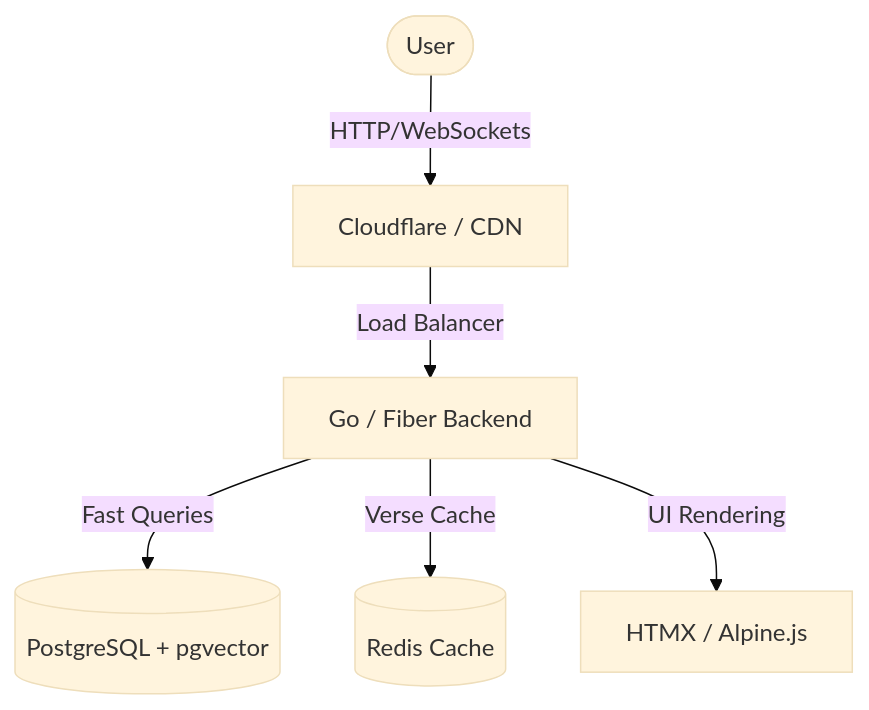
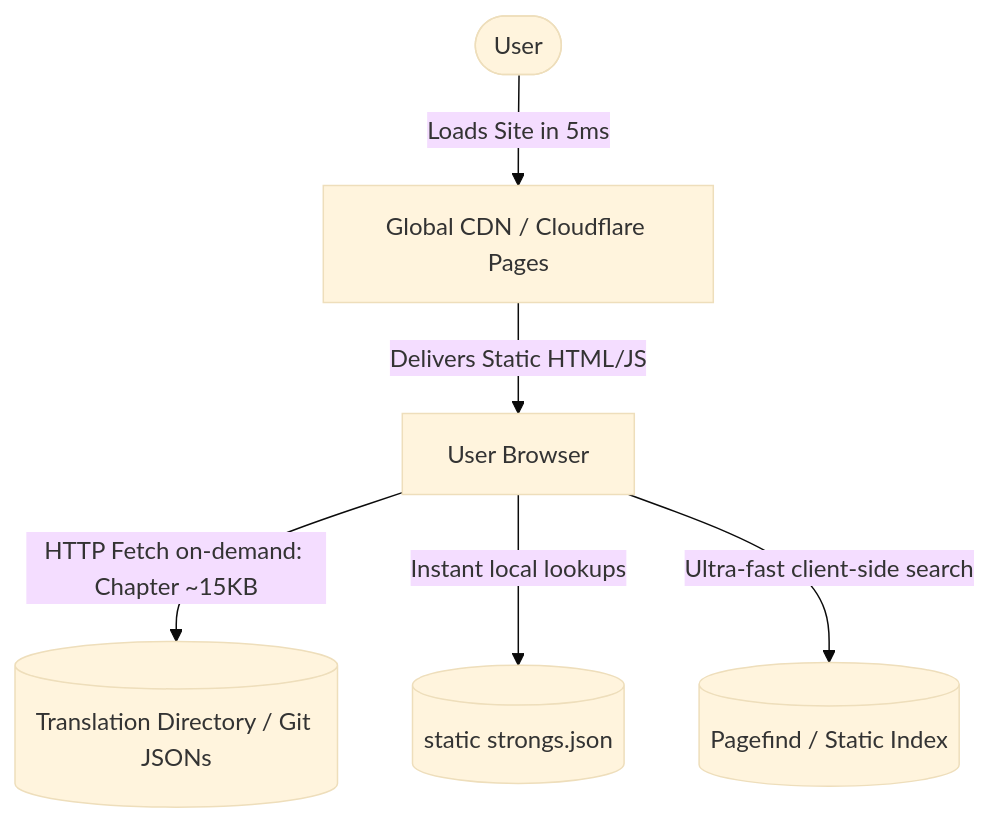
One commit to cristianismohumilde/AI-BIBLE changed the diagram in FUTURE_WEB_APP_PLAN_EN.md. Above: the diagram before and after it, drawn with Mermaid (base theme). The commit also changed other lines of this file and 1 other file, not shown here.

Commit message:
Update web app plans in Portuguese and English to leverage a permanent 100% free serverless JAMstack static architecture

````diff
--- a/FUTURE_WEB_APP_PLAN_EN.md
+++ b/FUTURE_WEB_APP_PLAN_EN.md
@@ -50,8 +49,8 @@
 ```mermaid
 graph TD
-    User([User]) -->|HTTP/WebSockets| CDN[Cloudflare / CDN]
-    CDN -->|Load Balancer| Backend[Go / Fiber Backend]
-    Backend -->|Fast Queries| DB[(PostgreSQL + pgvector)]
-    Backend -->|Verse Cache| Redis[(Redis Cache)]
-    Backend -->|UI Rendering| HTMX[HTMX / Alpine.js]
+    User([User]) -->|Loads Site in 5ms| CDN[Global CDN / Cloudflare Pages]
+    CDN -->|Delivers Static HTML/JS| Browser[User Browser]
+    Browser -->|HTTP Fetch on-demand: Chapter ~15KB| JSONs[(Translation Directory / Git JSONs)]
+    Browser -->|Instant local lookups| Strongs[(static strongs.json)]
+    Browser -->|Ultra-fast client-side search| Index[(Pagefind / Static Index)]
 ```
````
